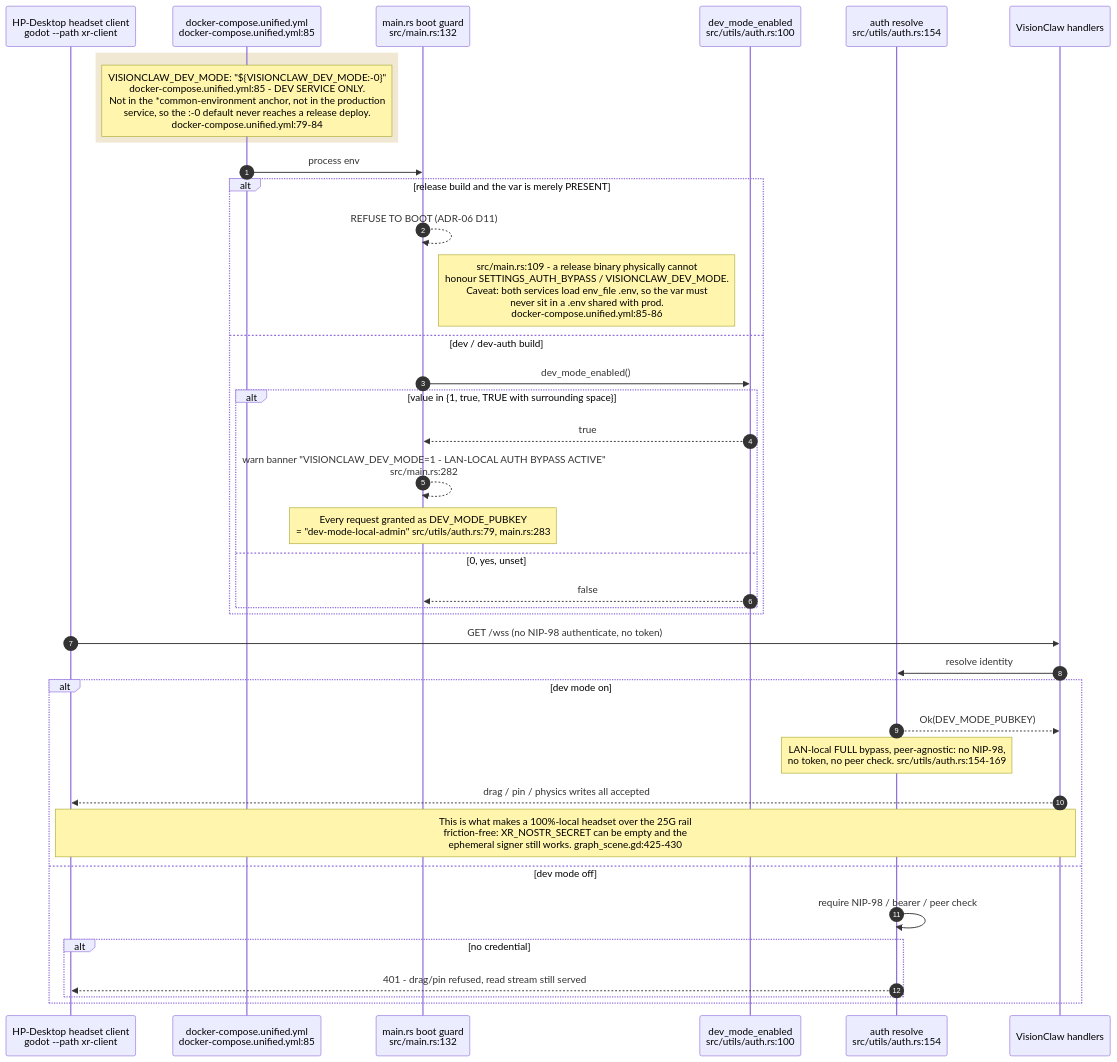
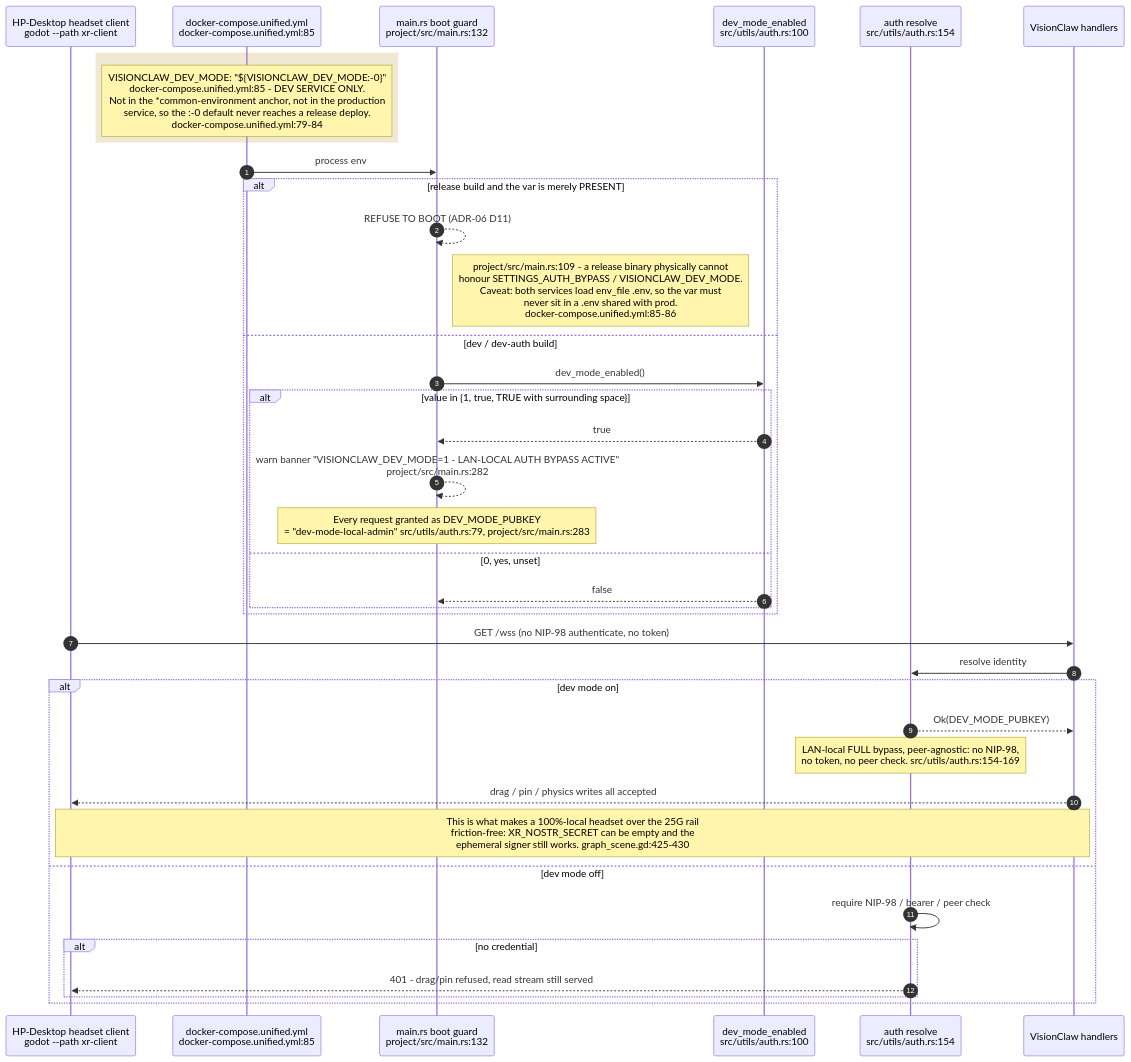
Before and after one commit to DreamLab-AI/VisionFlow: diagram 15 of 19 in docs/diagrams/visionclaw/36-godot-xr-client.md, drawn with Mermaid. The commit also changed other lines of this file and 185 other files, not shown here.

Commit message:
docs(estate): reconcile diagrams and ADRs with source and define closeout sprint

````diff
--- a/docs/diagrams/visionclaw/36-godot-xr-client.md
+++ b/docs/diagrams/visionclaw/36-godot-xr-client.md
@@ -690,41 +692,41 @@
 ```mermaid
 sequenceDiagram
     autonumber
     participant HP as HP-Desktop headset client<br/>godot --path xr-client
     participant CO as docker-compose.unified.yml<br/>docker-compose.unified.yml:85
-    participant MN as main.rs boot guard<br/>src/main.rs:132
+    participant MN as main.rs boot guard<br/>project/src/main.rs:132
     participant DM as dev_mode_enabled<br/>src/utils/auth.rs:100
     participant AU as auth resolve<br/>src/utils/auth.rs:154
     participant SV as VisionClaw handlers
 
     rect rgb(240, 232, 210)
         Note over CO: VISIONCLAW_DEV_MODE: "${VISIONCLAW_DEV_MODE:-0}"<br/>docker-compose.unified.yml:85 - DEV SERVICE ONLY.<br/>Not in the *common-environment anchor, not in the production<br/>service, so the :-0 default never reaches a release deploy.<br/>docker-compose.unified.yml:79-84
     end
     CO->>MN: process env
     alt release build and the var is merely PRESENT
         MN-->>MN: REFUSE TO BOOT (ADR-06 D11)
-        Note right of MN: src/main.rs:109 - a release binary physically cannot<br/>honour SETTINGS_AUTH_BYPASS / VISIONCLAW_DEV_MODE.<br/>Caveat: both services load env_file .env, so the var must<br/>never sit in a .env shared with prod.<br/>docker-compose.unified.yml:85-86
+        Note right of MN: project/src/main.rs:109 - a release binary physically cannot<br/>honour SETTINGS_AUTH_BYPASS / VISIONCLAW_DEV_MODE.<br/>Caveat: both services load env_file .env, so the var must<br/>never sit in a .env shared with prod.<br/>docker-compose.unified.yml:85-86
     else dev / dev-auth build
         MN->>DM: dev_mode_enabled()
         alt value in {1, true, TRUE with surrounding space}
             DM-->>MN: true
-            MN-->>MN: warn banner "VISIONCLAW_DEV_MODE=1 - LAN-LOCAL AUTH BYPASS ACTIVE"<br/>src/main.rs:282
-            Note over MN: Every request granted as DEV_MODE_PUBKEY<br/>= "dev-mode-local-admin" src/utils/auth.rs:79, main.rs:283
+            MN-->>MN: warn banner "VISIONCLAW_DEV_MODE=1 - LAN-LOCAL AUTH BYPASS ACTIVE"<br/>project/src/main.rs:282
+            Note over MN: Every request granted as DEV_MODE_PUBKEY<br/>= "dev-mode-local-admin" src/utils/auth.rs:79, project/src/main.rs:283
         else 0, yes, unset
             DM-->>MN: false
         end
     end
     HP->>SV: GET /wss (no NIP-98 authenticate, no token)
     SV->>AU: resolve identity
     alt dev mode on
         AU-->>SV: Ok(DEV_MODE_PUBKEY)
         Note over AU: LAN-local FULL bypass, peer-agnostic: no NIP-98,<br/>no token, no peer check. src/utils/auth.rs:154-169
         SV-->>HP: drag / pin / physics writes all accepted
         Note over HP,SV: This is what makes a 100%-local headset over the 25G rail<br/>friction-free: XR_NOSTR_SECRET can be empty and the<br/>ephemeral signer still works. graph_scene.gd:425-430
     else dev mode off
         AU->>AU: require NIP-98 / bearer / peer check
         alt no credential
             AU-->>HP: 401 - drag/pin refused, read stream still served
         end
     end
 ```
````
